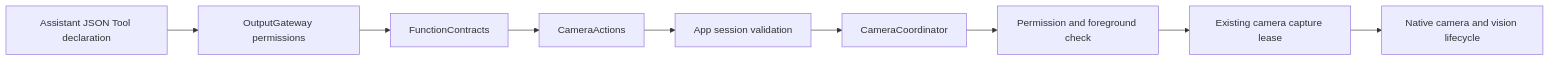
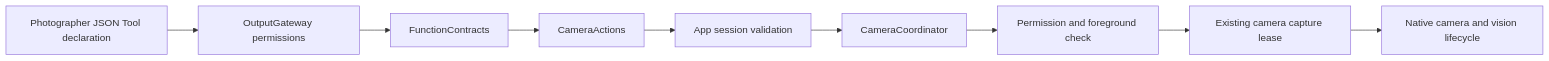
One commit to devilyouwei/MobileHarness changed the diagram in MobileHarness/Actions/Camera/README.md. Above: the diagram before and after it, drawn with Mermaid. The commit also changed other lines of this file and 291 other files, not shown here.

````diff
--- a/MobileHarness/Actions/Camera/README.md
+++ b/MobileHarness/Actions/Camera/README.md
@@ -13,11 +13,11 @@
 ```mermaid
 flowchart LR
-    Agent[Assistant JSON Tool declaration] --> Gateway[OutputGateway permissions]
+    Agent[Photographer JSON Tool declaration] --> Gateway[OutputGateway permissions]
     Gateway --> Runtime[FunctionContracts]
     Runtime --> Entry[CameraActions]
     Entry --> Adapter[App session validation]
     Adapter --> Owner[CameraCoordinator]
     Owner --> Permission[Permission and foreground check]
     Permission --> Lease[Existing camera capture lease]
     Lease --> Capture[Native camera and vision lifecycle]
 ```
````
